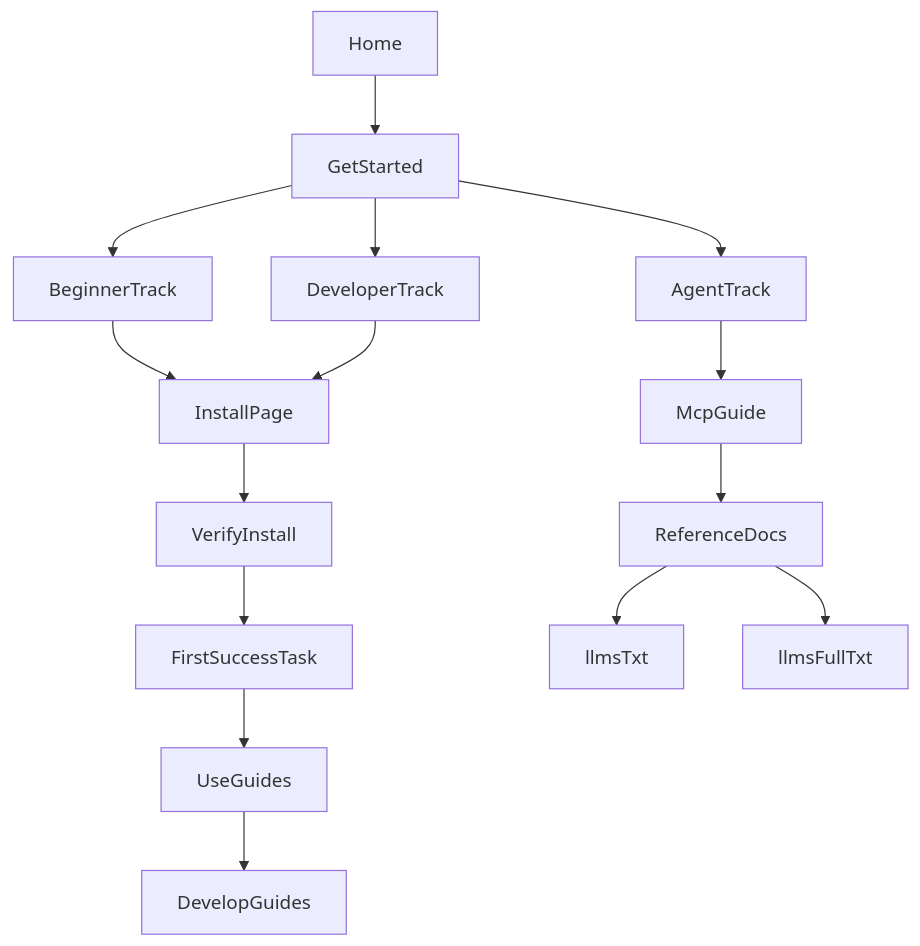
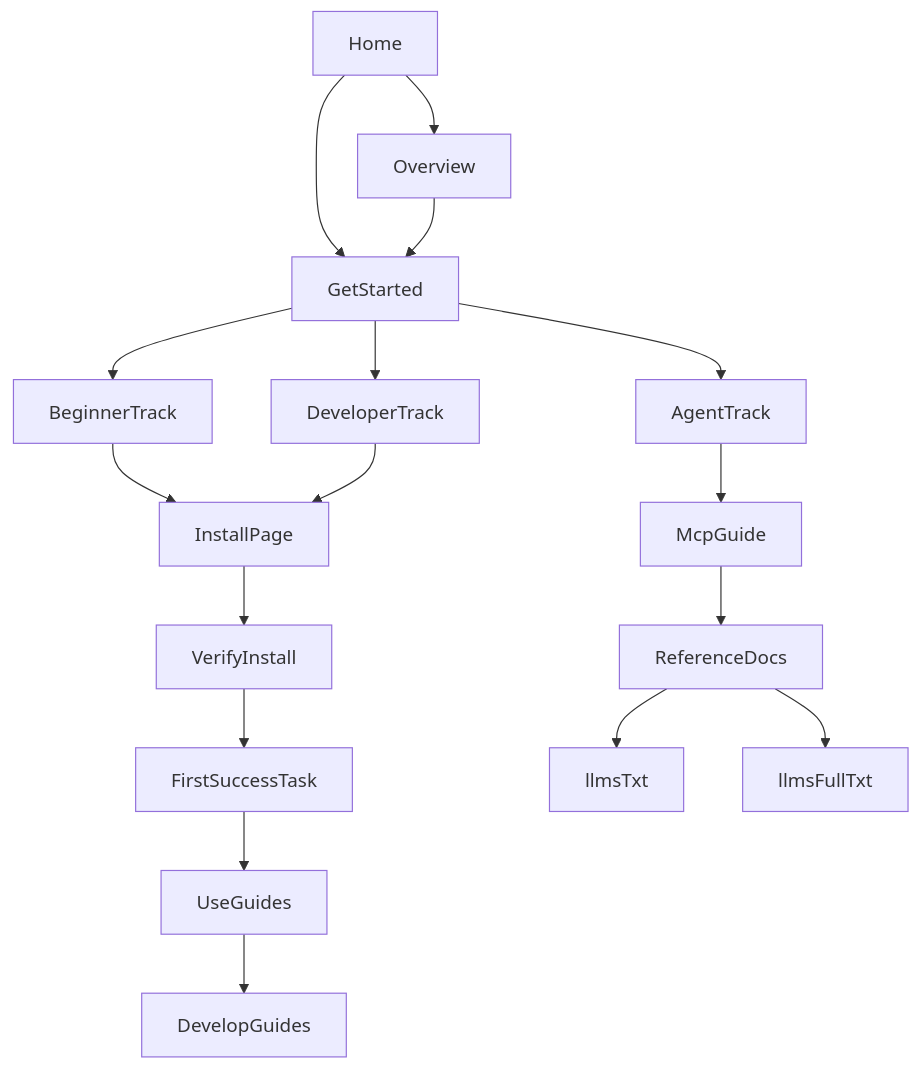
The diagram in docs_site/docs/reference/ia-ux-strategy.md (kzmx23/agentic_executables), drawn with Mermaid before and after one commit. The commit also changed other lines of this file and 34 other files, not shown here.

````diff
--- a/docs_site/docs/reference/ia-ux-strategy.md
+++ b/docs_site/docs/reference/ia-ux-strategy.md
@@ -45,17 +48,19 @@
 ```mermaid
 flowchart TD
-  home[Home] --> getStarted[GetStarted]
+  home[Home] --> overview[Overview]
+  home --> getStarted[GetStarted]
+  overview --> getStarted
   getStarted --> beginnerTrack[BeginnerTrack]
   getStarted --> developerTrack[DeveloperTrack]
   getStarted --> agentTrack[AgentTrack]
   beginnerTrack --> installPage[InstallPage]
   developerTrack --> installPage
   agentTrack --> mcpGuide[McpGuide]
   installPage --> verifyStep[VerifyInstall]
   verifyStep --> firstSuccess[FirstSuccessTask]
   firstSuccess --> useGuides[UseGuides]
   useGuides --> developGuides[DevelopGuides]
   mcpGuide --> referenceDocs[ReferenceDocs]
   referenceDocs --> llmsIndex[llmsTxt]
   referenceDocs --> llmsFull[llmsFullTxt]
 ```
````
